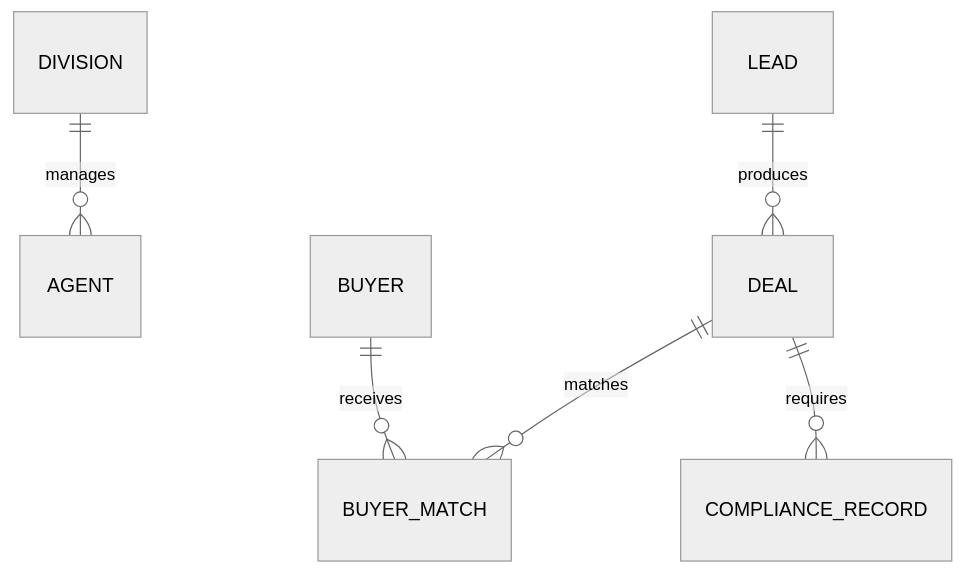
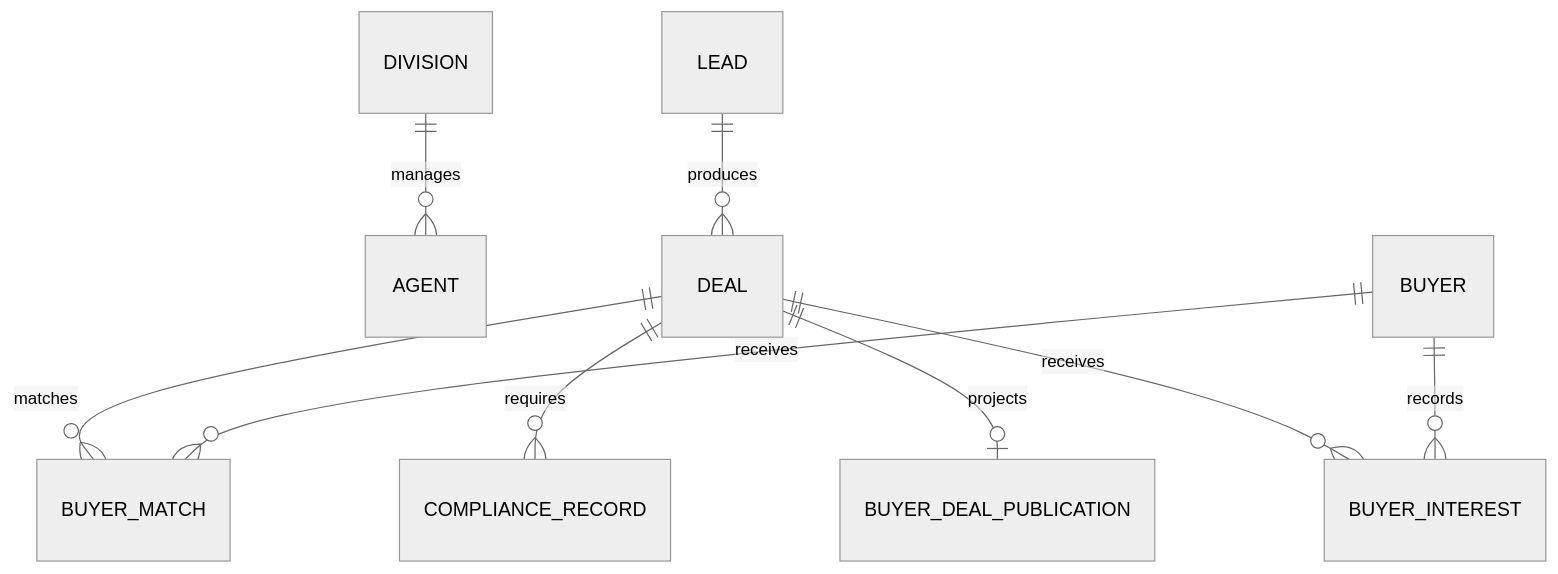
The diagram in docs/ARCHITECTURE.md (ceojoe88/prime2-wholesale-deal-os), drawn with Mermaid (neutral theme) before and after one commit. The commit also changed other lines of this file and 28 other files, not shown here.

Commit message:
Build V2 controlled buyer portal and deal room

````diff
--- a/docs/ARCHITECTURE.md
+++ b/docs/ARCHITECTURE.md
@@ -34,8 +37,11 @@
 ```mermaid
 erDiagram
   DIVISION ||--o{ AGENT : manages
   LEAD ||--o{ DEAL : produces
   DEAL ||--o{ BUYER_MATCH : matches
   BUYER ||--o{ BUYER_MATCH : receives
   DEAL ||--o{ COMPLIANCE_RECORD : requires
+  DEAL ||--o| BUYER_DEAL_PUBLICATION : projects
+  DEAL ||--o{ BUYER_INTEREST : receives
+  BUYER ||--o{ BUYER_INTEREST : records
 ```
````
